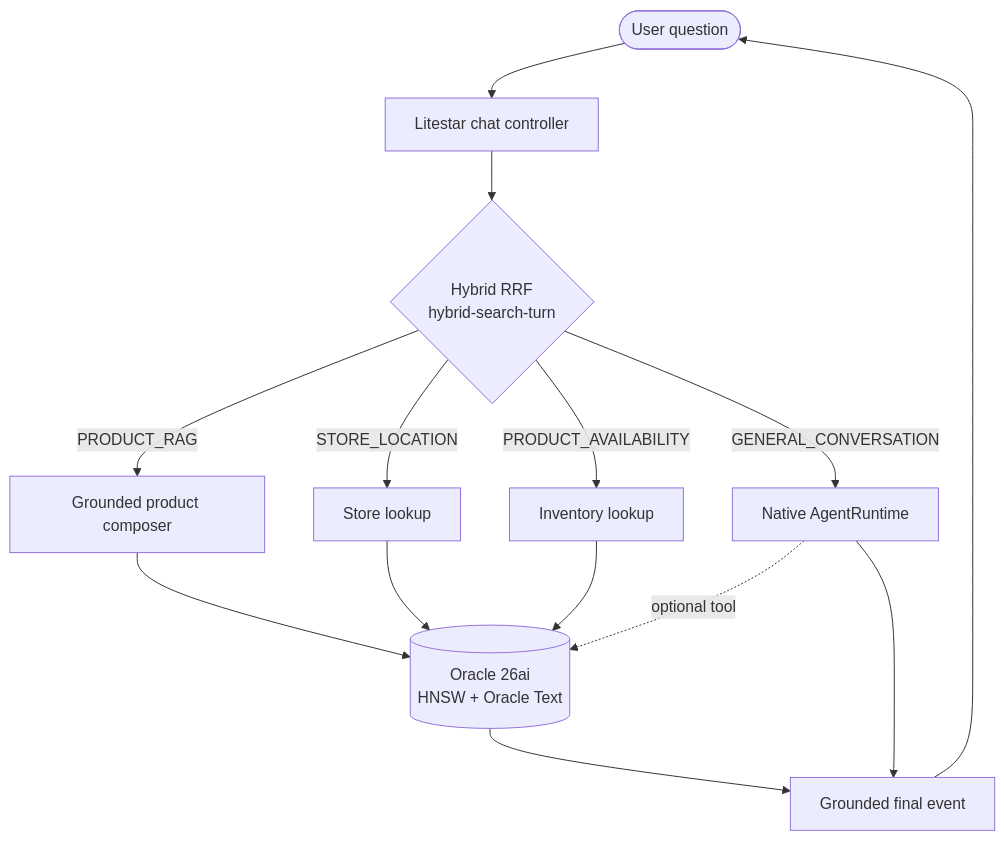
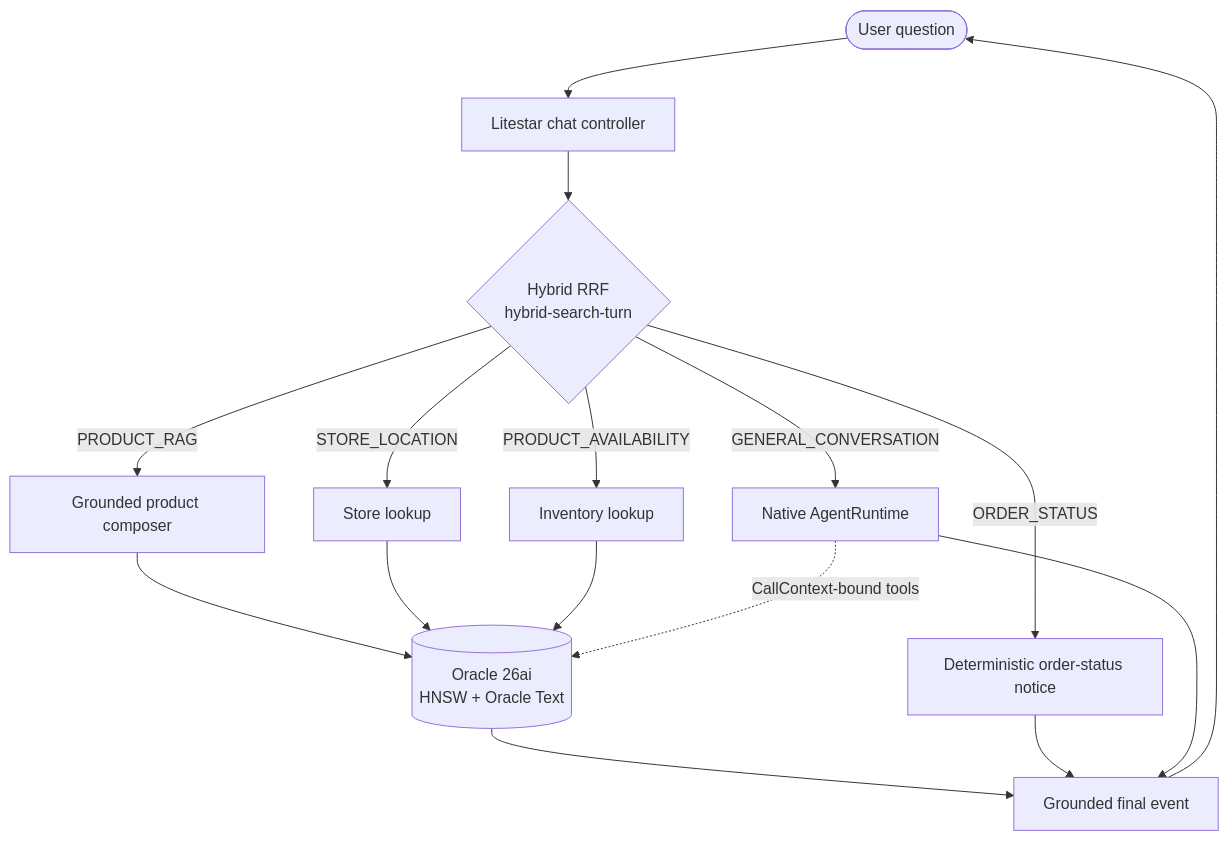
Before and after one commit to cofin/oracledb-vertexai-demo: the diagram in docs/index.md, drawn with Mermaid. The commit also changed other lines of this file and 107 other files, not shown here.

````diff
--- a/docs/index.md
+++ b/docs/index.md
@@ -36,16 +45,18 @@
 ```{mermaid}
 flowchart TD
     U([User question]) --> C[Litestar chat controller]
     C --> I{Hybrid RRF<br/>hybrid-search-turn}
     I -->|PRODUCT_RAG| P[Grounded product composer]
     I -->|STORE_LOCATION| S[Store lookup]
     I -->|PRODUCT_AVAILABILITY| V[Inventory lookup]
+    I -->|ORDER_STATUS| D[Deterministic order-status notice]
     I -->|GENERAL_CONVERSATION| A[Native AgentRuntime]
     P --> O[(Oracle 26ai<br/>HNSW + Oracle Text)]
     S --> O
     V --> O
-    A -. optional tool .-> O
+    A -. CallContext-bound tools .-> O
     O --> R[Grounded final event]
+    D --> R
     A --> R
     R --> U
 ```
````
